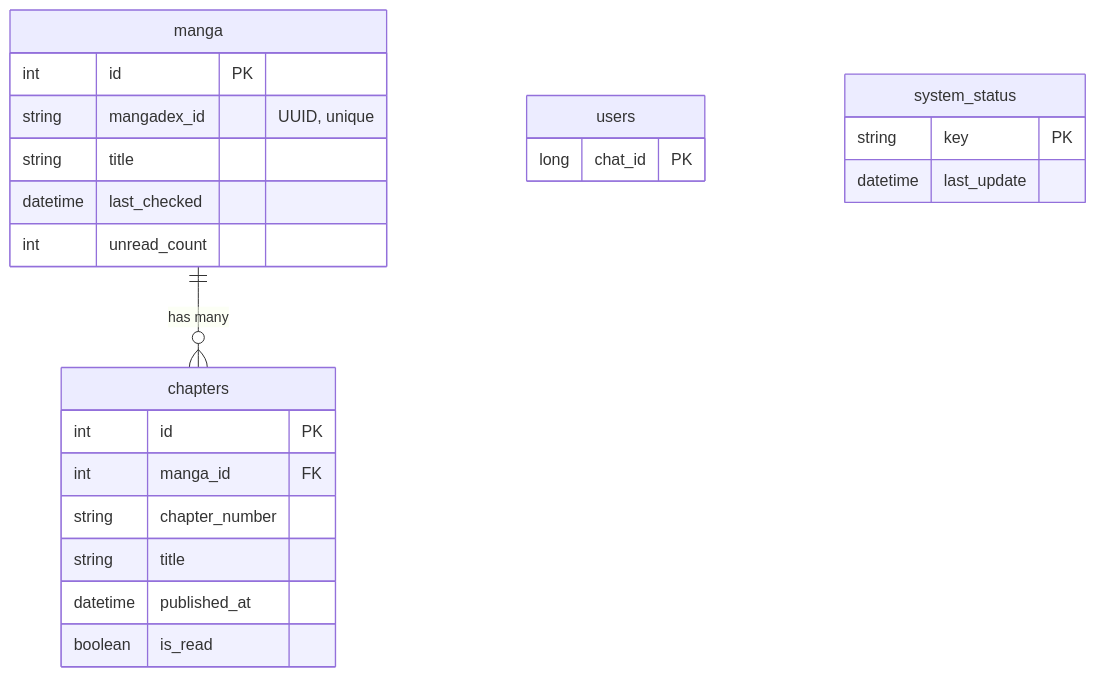
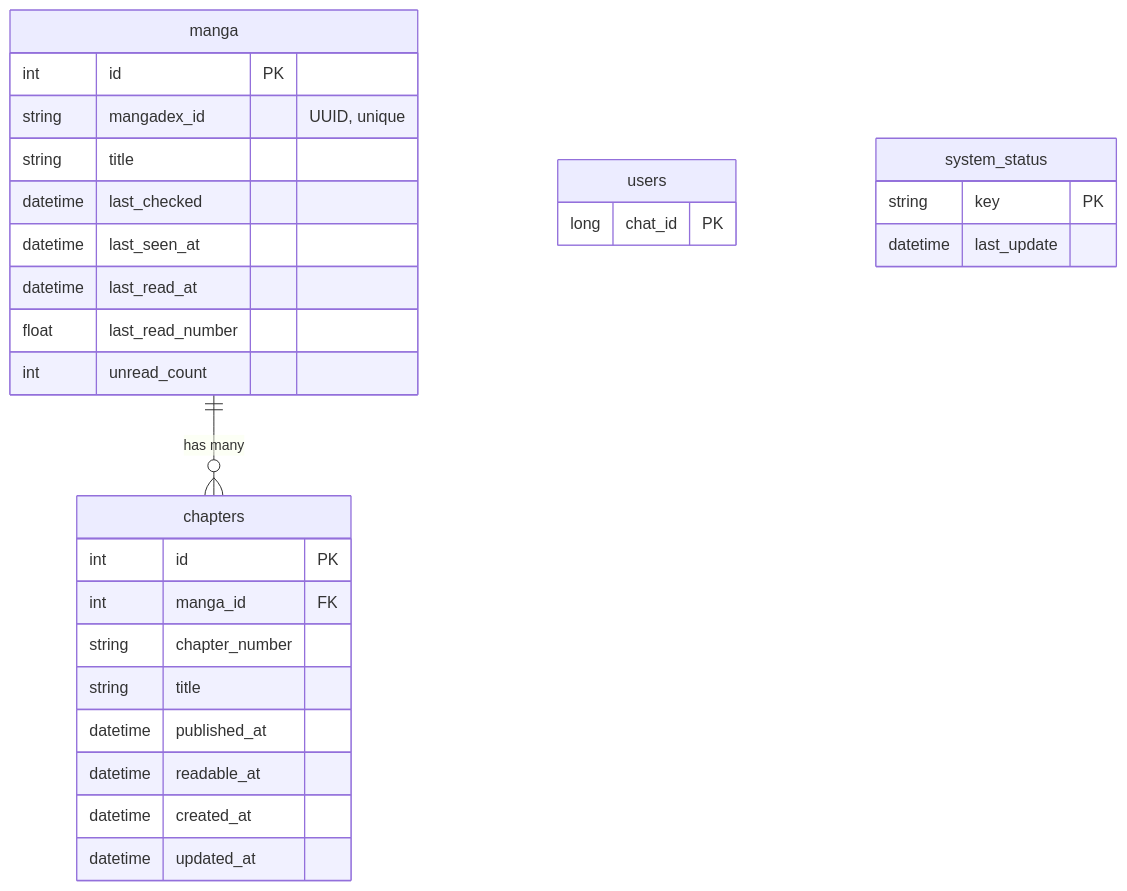
Before and after one commit to BattermanZ/ReleaseNoJutsu: the ninth of 9 diagrams in docs/workflow.md, drawn with Mermaid. The commit also changed other lines of this file and 11 other files, not shown here.

````diff
--- a/docs/workflow.md
+++ b/docs/workflow.md
@@ -232,30 +241,35 @@
 ```mermaid
 erDiagram
   manga {
     int id PK
     string mangadex_id "UUID, unique"
     string title
     datetime last_checked
+    datetime last_seen_at
+    datetime last_read_at
+    float last_read_number
     int unread_count
   }
 
   chapters {
     int id PK
     int manga_id FK
     string chapter_number
     string title
     datetime published_at
-    boolean is_read
+    datetime readable_at
+    datetime created_at
+    datetime updated_at
   }
 
   users {
     long chat_id PK
   }
 
   system_status {
     string key PK
     datetime last_update
   }
 
   manga ||--o{ chapters : "has many"
 ```
````
